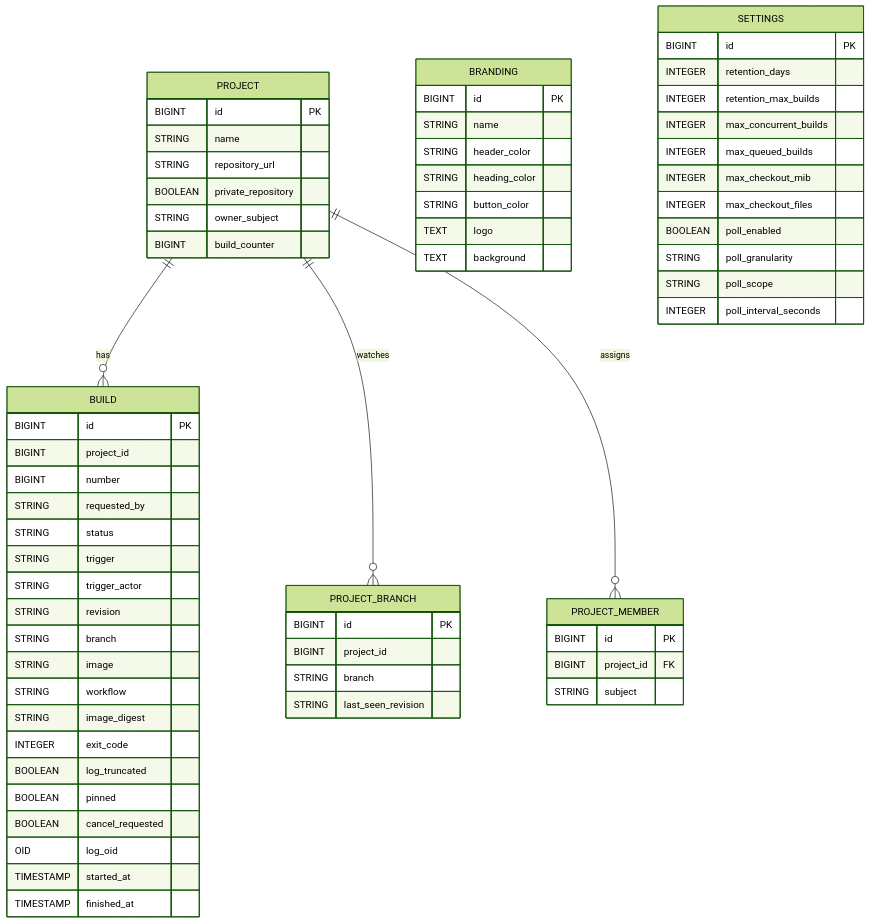
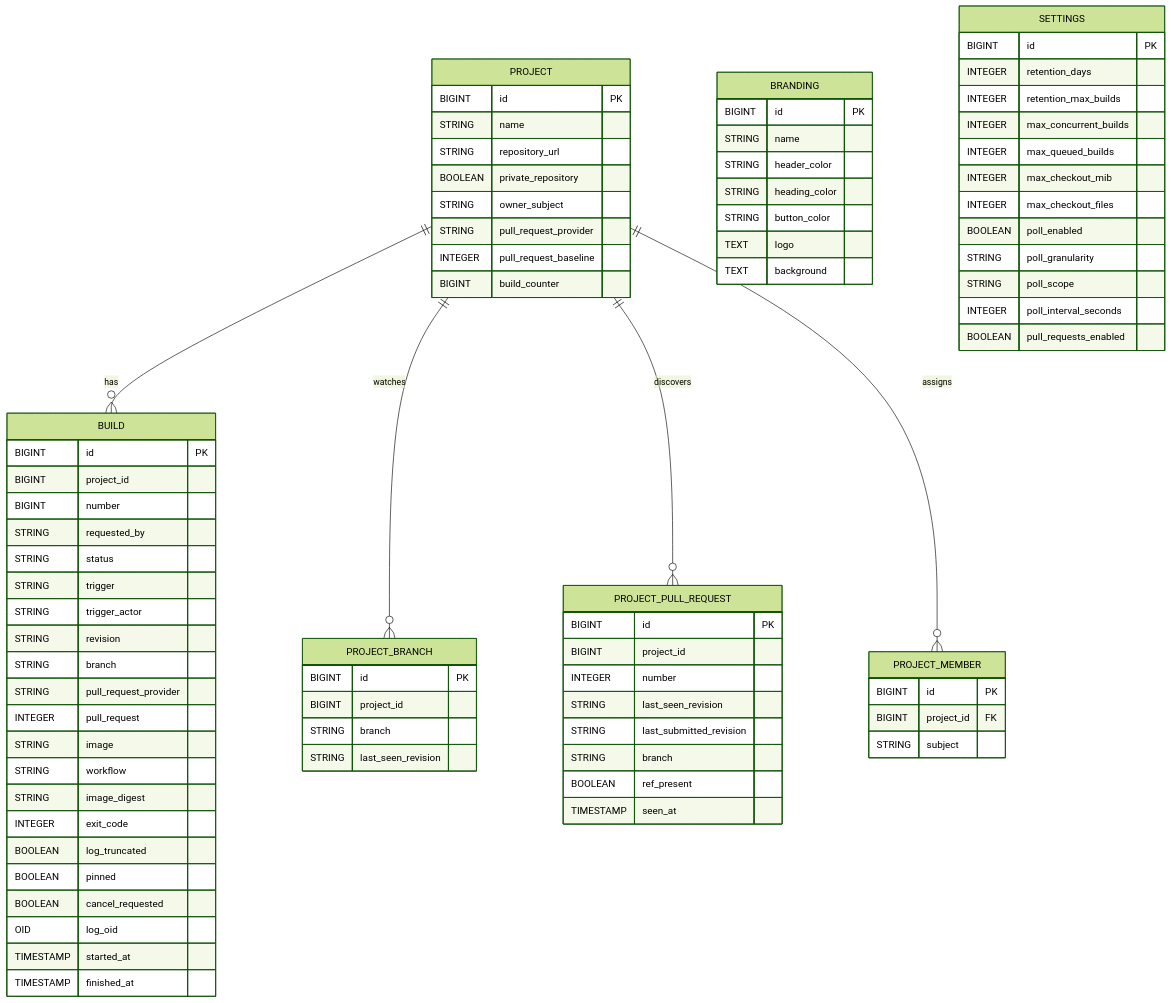
Before and after one commit to Mohamed-Alkafory/cisys: the diagram in docs/entity-diagram.md, drawn with Mermaid (forest theme). The commit also changed other lines of this file and 29 other files, not shown here.

Commit message:
[#4] Add automatic pull request and merge request builds

````diff
--- a/docs/entity-diagram.md
+++ b/docs/entity-diagram.md
@@ -10,6 +10,8 @@
         STRING repository_url
         BOOLEAN private_repository
         STRING owner_subject
+        STRING pull_request_provider
+        INTEGER pull_request_baseline
         BIGINT build_counter
     }
 
@@ -23,6 +25,8 @@
         STRING trigger_actor
         STRING revision
         STRING branch
+        STRING pull_request_provider
+        INTEGER pull_request
         STRING image
         STRING workflow
         STRING image_digest
@@ -64,6 +68,18 @@
         STRING poll_granularity
         STRING poll_scope
         INTEGER poll_interval_seconds
+        BOOLEAN pull_requests_enabled
+    }
+
+    PROJECT_PULL_REQUEST {
+        BIGINT id PK
+        BIGINT project_id
+        INTEGER number
+        STRING last_seen_revision
+        STRING last_submitted_revision
+        STRING branch
+        BOOLEAN ref_present
+        TIMESTAMP seen_at
     }
 
     PROJECT_MEMBER {
@@ -74,5 +90,6 @@
 
     PROJECT ||--o{ BUILD : has
     PROJECT ||--o{ PROJECT_BRANCH : watches
+    PROJECT ||--o{ PROJECT_PULL_REQUEST : discovers
     PROJECT ||--o{ PROJECT_MEMBER : assigns
 ```
````
